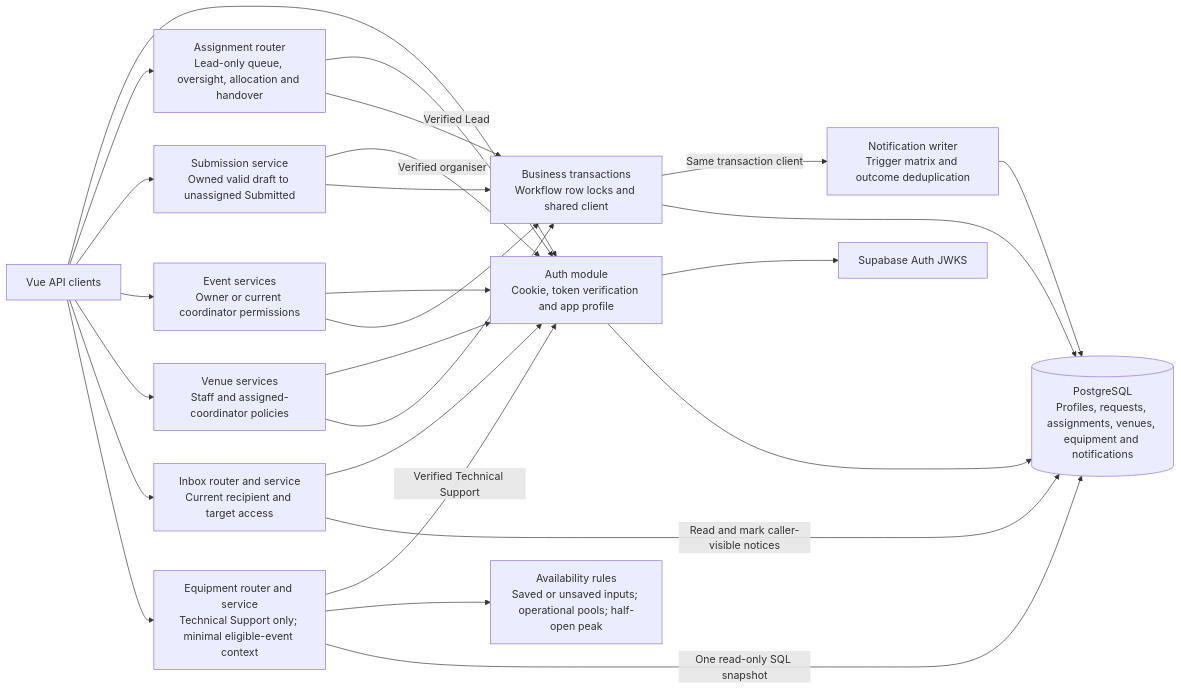
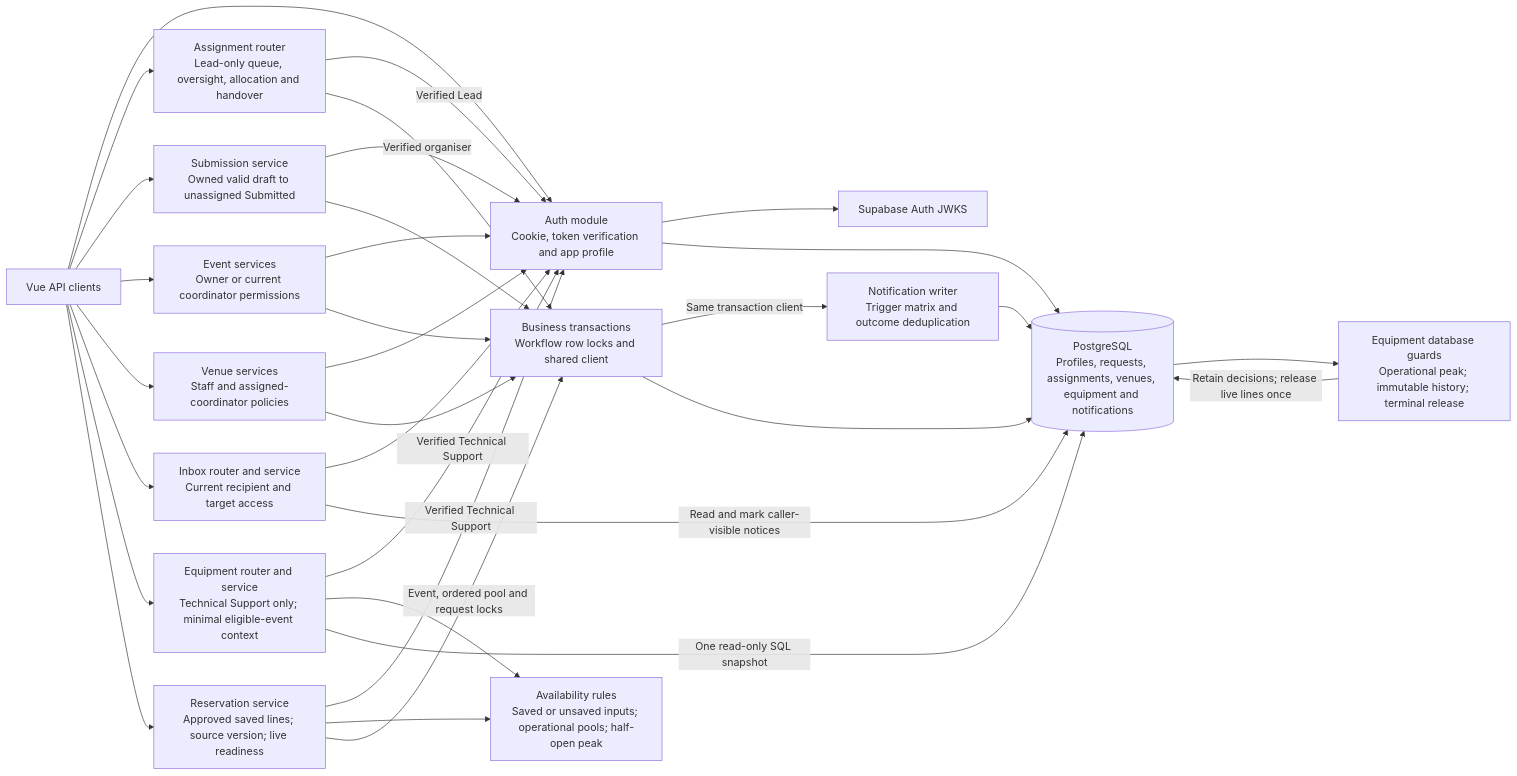
Before and after one commit to MochaLxtte/ConnectSphere: the third of 10 diagrams in docs/architecture/README.md, drawn with Mermaid. The commit also changed other lines of this file and 12 other files, not shown here.

````diff
--- a/docs/architecture/README.md
+++ b/docs/architecture/README.md
@@ -81,41 +81,49 @@
 ```mermaid
 flowchart LR
   browser["Vue API clients"]
   auth["Auth module<br/>Cookie, token verification and app profile"]
   allocation["Assignment router<br/>Lead-only queue, oversight, allocation and handover"]
   submit["Submission service<br/>Owned valid draft to unassigned Submitted"]
   events["Event services<br/>Owner or current coordinator permissions"]
   venues["Venue services<br/>Staff and assigned-coordinator policies"]
   equipment["Equipment router and service<br/>Technical Support only; minimal eligible-event context"]
   equipmentRules["Availability rules<br/>Saved or unsaved inputs; operational pools; half-open peak"]
+  reservations["Reservation service<br/>Approved saved lines; source version; live readiness"]
+  equipmentGuards["Equipment database guards<br/>Operational peak; immutable history; terminal release"]
   inbox["Inbox router and service<br/>Current recipient and target access"]
   notify["Notification writer<br/>Trigger matrix and outcome deduplication"]
   transactions["Business transactions<br/>Workflow row locks and shared client"]
   identity["Supabase Auth JWKS"]
   db[("PostgreSQL<br/>Profiles, requests, assignments, venues, equipment and notifications")]
   browser --> auth
   auth --> identity
   auth --> db
   browser --> allocation
   browser --> submit
   browser --> events
   browser --> venues
   browser --> inbox
   browser --> equipment
   equipment -->|Verified Technical Support| auth
   equipment --> equipmentRules
   equipment -->|One read-only SQL snapshot| db
+  browser --> reservations
+  reservations -->|Verified Technical Support| auth
+  reservations --> equipmentRules
+  reservations -->|Event, ordered pool and request locks| transactions
+  db --> equipmentGuards
+  equipmentGuards -->|Retain decisions; release live lines once| db
   allocation -->|Verified Lead| auth
   submit -->|Verified organiser| auth
   events --> auth
   venues --> auth
   inbox --> auth
   allocation --> transactions
   submit --> transactions
   events --> transactions
   venues --> transactions
   transactions -->|Same transaction client| notify
   notify --> db
   inbox -->|Read and mark caller-visible notices| db
   transactions --> db
 ```
````
